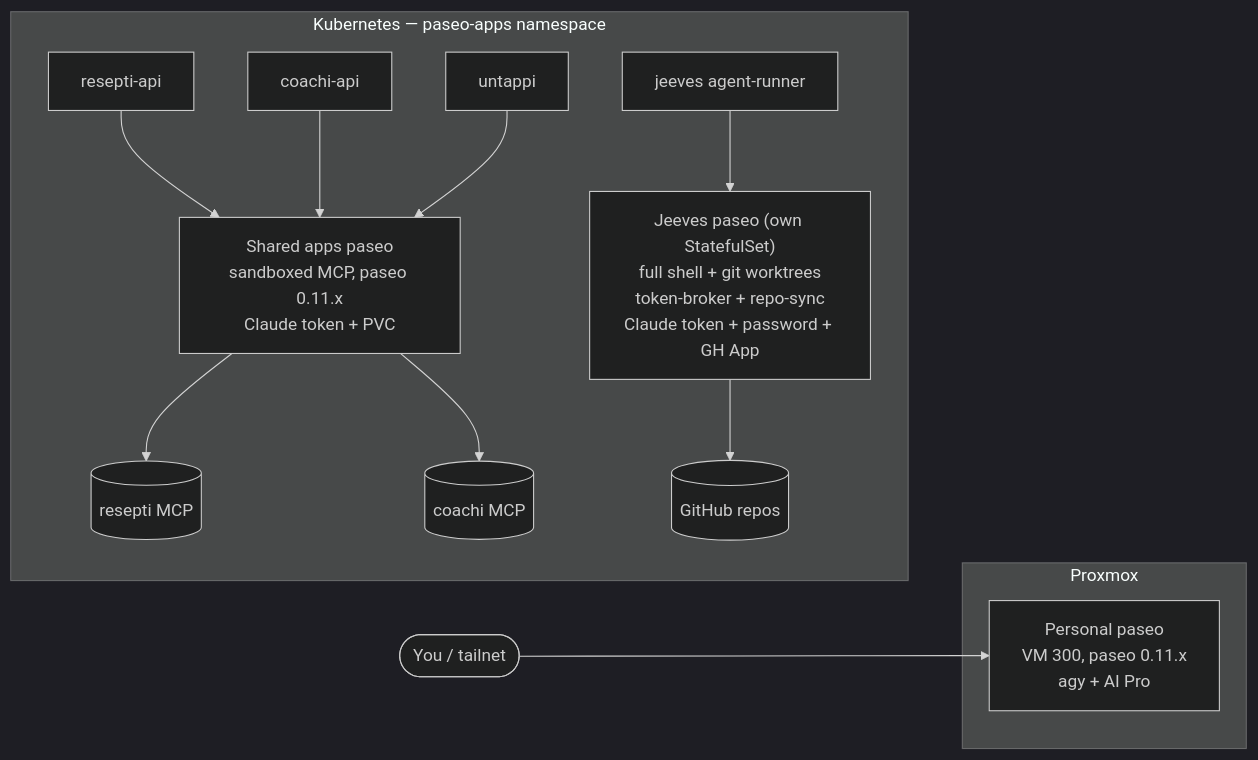
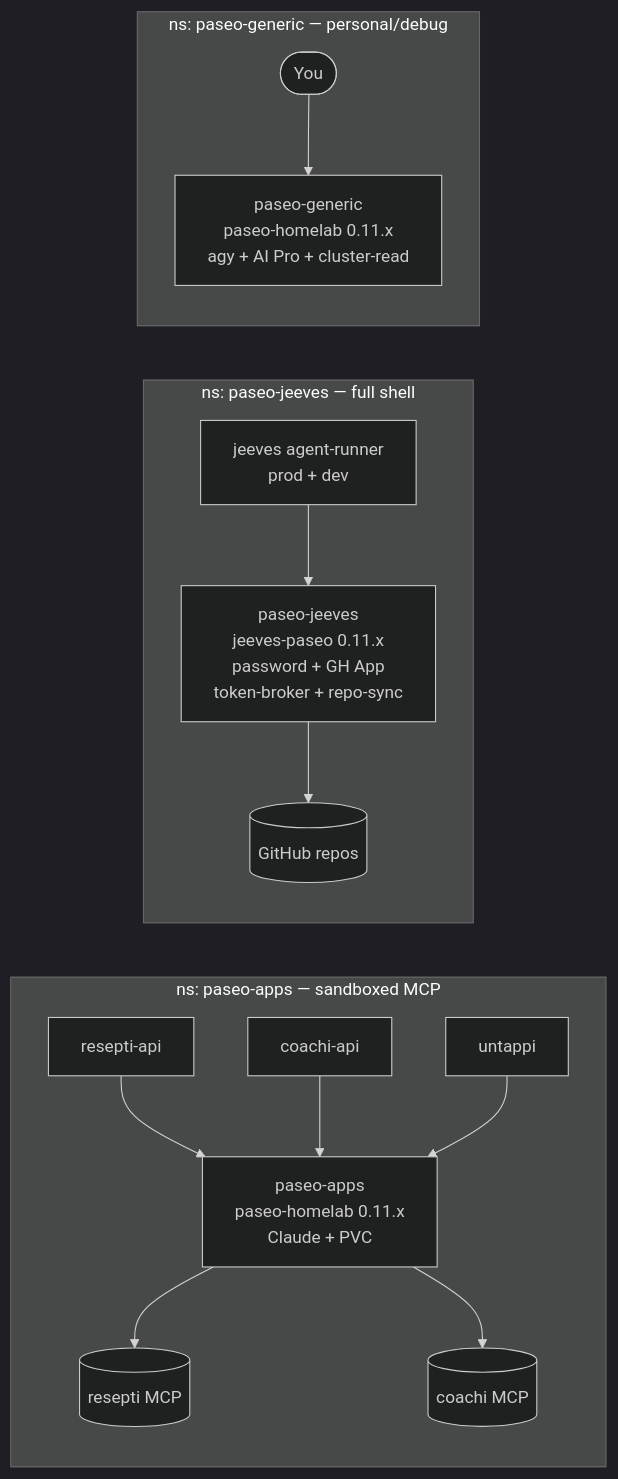
Before and after one commit to Arsenikki/kuberseni-gitops: the diagram in docs/homelab/paseo.md, drawn with Mermaid (dark theme). The commit also changed other lines of this file and 5 other files, not shown here.

Commit message:
feat(paseo-jeeves): third paseo tier — Jeeves's full-shell coding daemon (#751)

````diff
--- a/docs/homelab/paseo.md
+++ b/docs/homelab/paseo.md
@@ -48,18 +61,20 @@
 ```mermaid
 flowchart LR
-  you([You / tailnet]) --> P1
-  subgraph Proxmox
-    P1["Personal paseo<br/>VM 300, paseo 0.11.x<br/>agy + AI Pro"]
-  end
-  subgraph k8s["Kubernetes — paseo-apps namespace"]
-    P2["Shared apps paseo<br/>sandboxed MCP, paseo 0.11.x<br/>Claude token + PVC"]
+  subgraph apps["ns: paseo-apps — sandboxed MCP"]
+    P2["paseo-apps<br/>paseo-homelab 0.11.x<br/>Claude + PVC"]
     R[resepti-api] --> P2
     C[coachi-api] --> P2
     U[untappi] --> P2
     P2 --> RM[(resepti MCP)]
     P2 --> CM[(coachi MCP)]
-    PJ["Jeeves paseo (own StatefulSet)<br/>full shell + git worktrees<br/>token-broker + repo-sync<br/>Claude token + password + GH App"]
-    J[jeeves agent-runner] --> PJ
+  end
+  subgraph jv["ns: paseo-jeeves — full shell"]
+    PJ["paseo-jeeves<br/>jeeves-paseo 0.11.x<br/>password + GH App<br/>token-broker + repo-sync"]
+    J[jeeves agent-runner<br/>prod + dev] --> PJ
     PJ --> GH[(GitHub repos)]
   end
+  subgraph gen["ns: paseo-generic — personal/debug"]
+    PG["paseo-generic<br/>paseo-homelab 0.11.x<br/>agy + AI Pro + cluster-read"]
+    you([You]) --> PG
+  end
 ```
````
